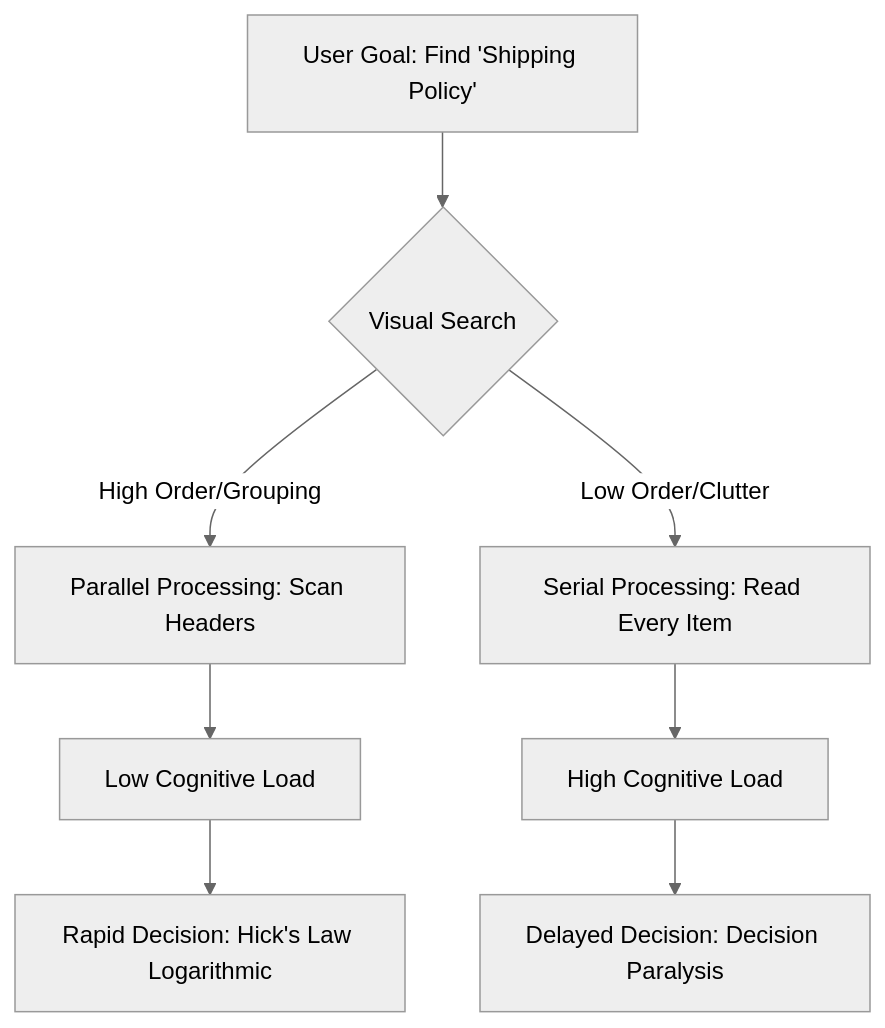
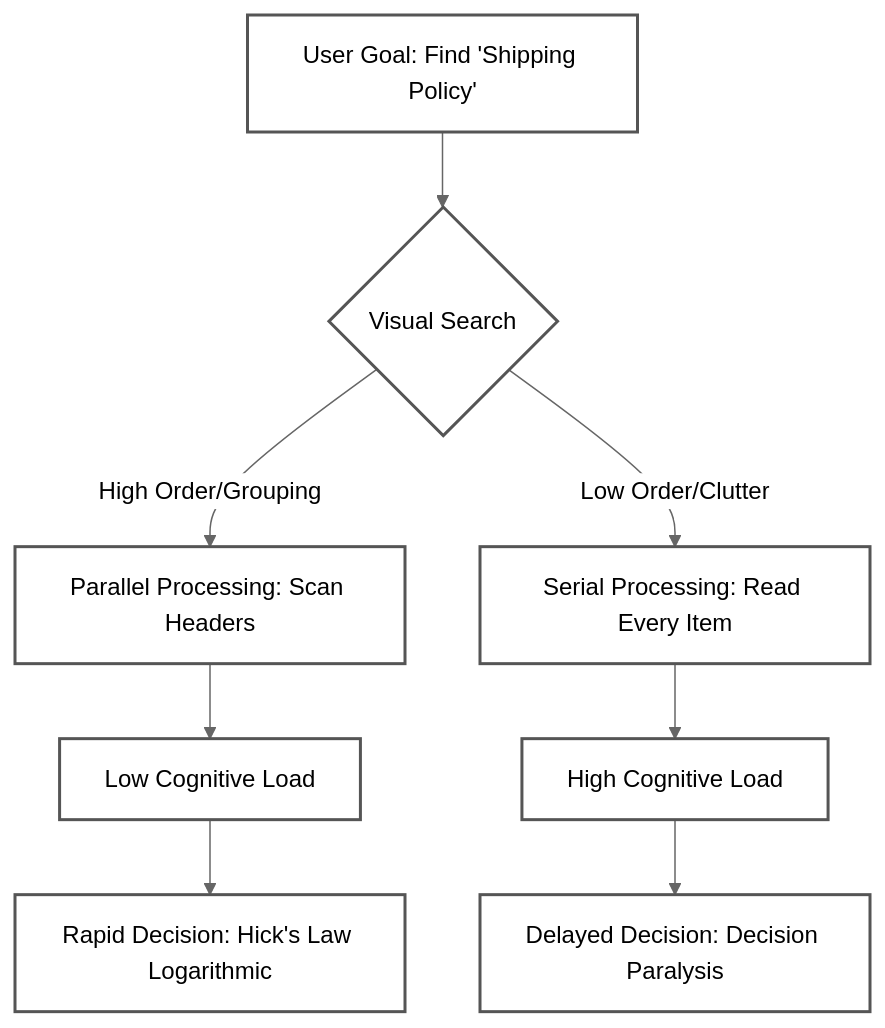
One commit to byucsstudent/cs460q changed the diagram in instruction/hicks-law-and-decision-making/hicks-law-and-decision-making.md. Above: the diagram before and after it, drawn with Mermaid (neutral theme).

Commit message:
update(Hicks Law and Decision Making)

````diff
--- a/instruction/hicks-law-and-decision-making/hicks-law-and-decision-making.md
+++ b/instruction/hicks-law-and-decision-making/hicks-law-and-decision-making.md
@@ -64,10 +64,12 @@
 ```mermaid
 graph TD
+    classDef default fill:#ffffff,stroke:#555555,stroke-width:2px,color:#000000;
+
     A[User Goal: Find 'Shipping Policy'] --> B{Visual Search}
     B -->|High Order/Grouping| C[Parallel Processing: Scan Headers]
     B -->|Low Order/Clutter| D[Serial Processing: Read Every Item]
     C --> E[Low Cognitive Load]
     D --> F[High Cognitive Load]
     E --> G[Rapid Decision: Hick's Law Logarithmic]
     F --> H[Delayed Decision: Decision Paralysis]
 ```
````
